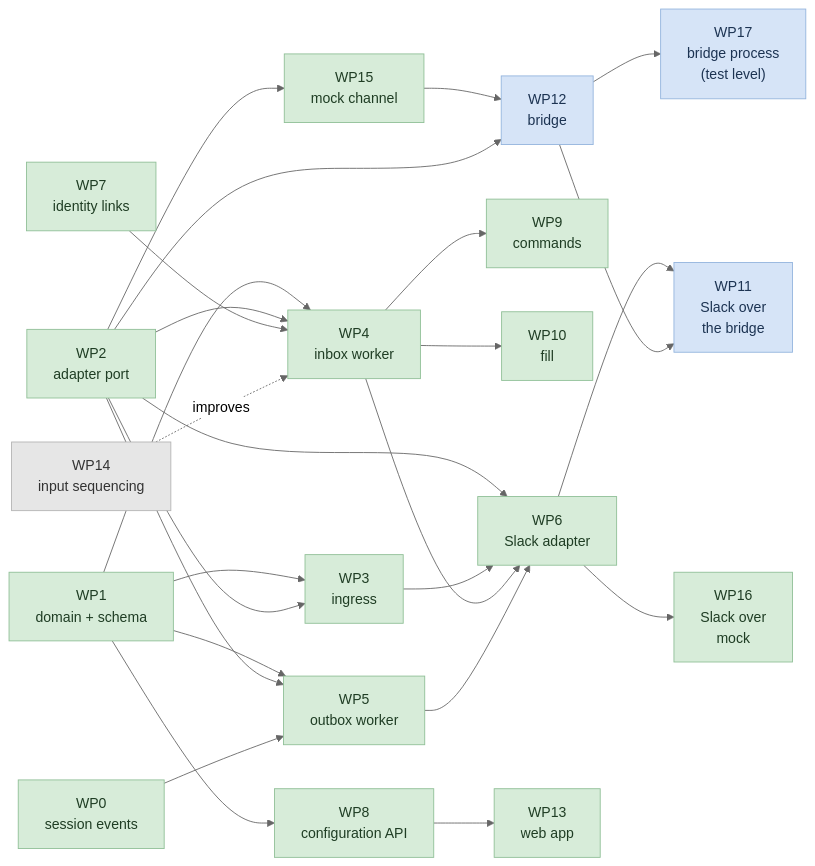
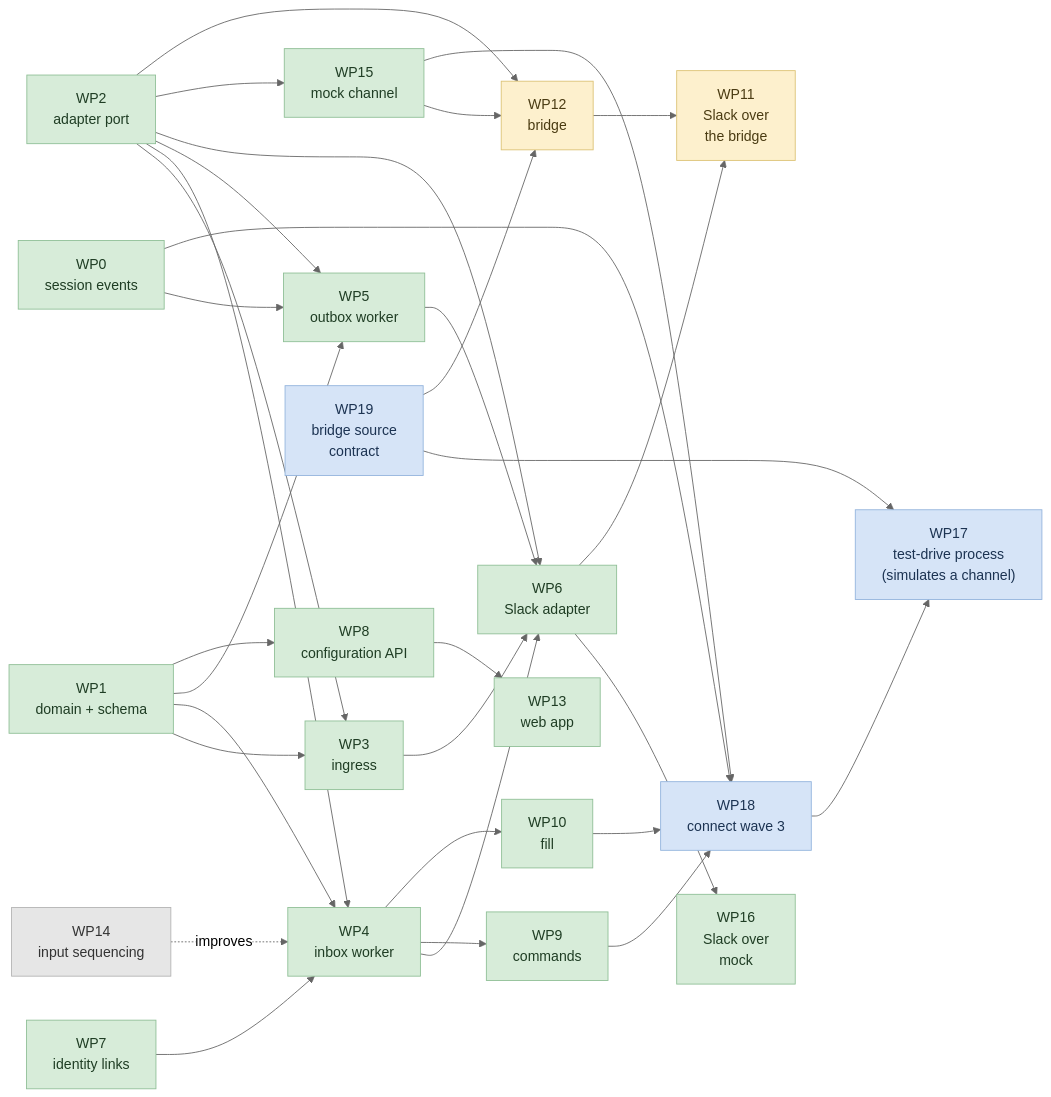
The diagram in docs/design/channels-research/v2/plan.md (Agenta-AI/agenta), drawn with Mermaid (neutral theme) before and after one commit. The commit also changed other lines of this file and 1 other file, not shown here.

First line of the commit message:
docs(channels): scope wave 4 as C5 — connect it, decide the bridge protocol, drive it

````diff
--- a/docs/design/channels-research/v2/plan.md
+++ b/docs/design/channels-research/v2/plan.md
@@ -18,55 +18,65 @@
 ```mermaid
 flowchart LR
     WP0["WP0<br/>session events"]
     WP1["WP1<br/>domain + schema"]
     WP2["WP2<br/>adapter port"]
     WP3["WP3<br/>ingress"]
     WP4["WP4<br/>inbox worker"]
     WP5["WP5<br/>outbox worker"]
     WP6["WP6<br/>Slack adapter"]
     WP7["WP7<br/>identity links"]
     WP8["WP8<br/>configuration API"]
     WP9["WP9<br/>commands"]
     WP10["WP10<br/>fill"]
     WP11["WP11<br/>Slack over<br/>the bridge"]
     WP12["WP12<br/>bridge"]
     WP13["WP13<br/>web app"]
     WP14["WP14<br/>input sequencing"]
     WP15["WP15<br/>mock channel"]
     WP16["WP16<br/>Slack over<br/>mock"]
-    WP17["WP17<br/>bridge process<br/>(test level)"]
+    WP17["WP17<br/>test-drive process<br/>(simulates a channel)"]
+    WP18["WP18<br/>connect wave 3"]
+    WP19["WP19<br/>bridge source<br/>contract"]
 
     WP1 --> WP3
     WP1 --> WP4
     WP1 --> WP5
     WP2 --> WP3
     WP2 --> WP4
     WP2 --> WP5
     WP2 --> WP6
     WP0 --> WP5
     WP3 --> WP6
     WP4 --> WP6
     WP5 --> WP6
     WP7 --> WP4
     WP1 --> WP8
     WP4 --> WP9
     WP4 --> WP10
     WP2 --> WP15
     WP15 --> WP12
     WP6 --> WP16
     WP2 --> WP12
     WP6 --> WP11
     WP12 --> WP11
-    WP12 --> WP17
+    WP18 --> WP17
+    WP19 --> WP17
     WP8 --> WP13
+    WP9 --> WP18
+    WP10 --> WP18
+    WP0 --> WP18
+    WP15 --> WP18
+    WP19 --> WP12
     WP14 -.->|improves| WP4
 
     classDef done fill:#d7ecd9,stroke:#8fbf96,color:#1f3d24
     classDef next fill:#d6e4f7,stroke:#93b4dd,color:#1c3352
+    classDef later fill:#fdf0cd,stroke:#dcc274,color:#4a3b12
     classDef apart fill:#e6e6e6,stroke:#b3b3b3,color:#333333
 
     class WP1,WP2,WP3,WP4,WP5,WP6,WP7,WP8 done
     class WP0,WP9,WP10,WP13,WP15,WP16 done
-    class WP11,WP12,WP17 next
+    class WP18,WP19,WP17 next
+    class WP11,WP12 later
     class WP14 apart
 ```
````
